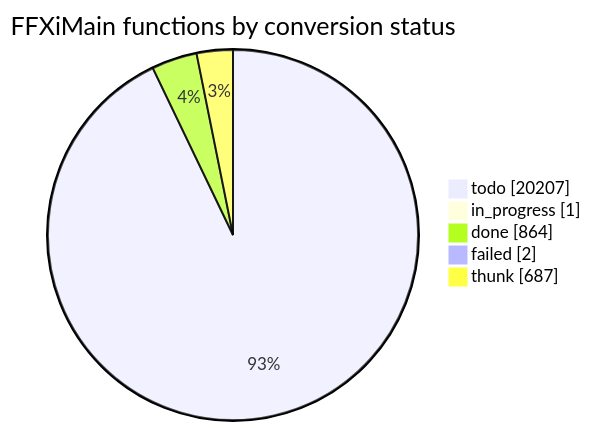
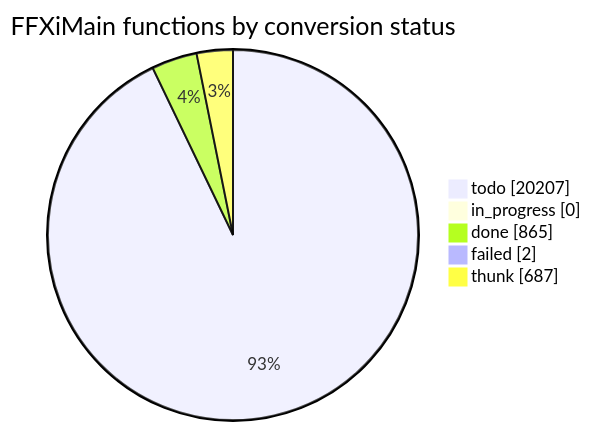
Before and after one commit to cowrevenge/cow_kuluu_xi_anything: the diagram in docs/cow/STATUS.md, drawn with Mermaid. The commit also changed other lines of this file and 9 other files, not shown here.

````diff
--- a/docs/cow/STATUS.md
+++ b/docs/cow/STATUS.md
@@ -18,9 +18,9 @@
 ```mermaid
 pie showData
     title FFXiMain functions by conversion status
     "todo" : 20207
-    "in_progress" : 1
-    "done" : 864
+    "in_progress" : 0
+    "done" : 865
     "failed" : 2
     "thunk" : 687
 ```
````
